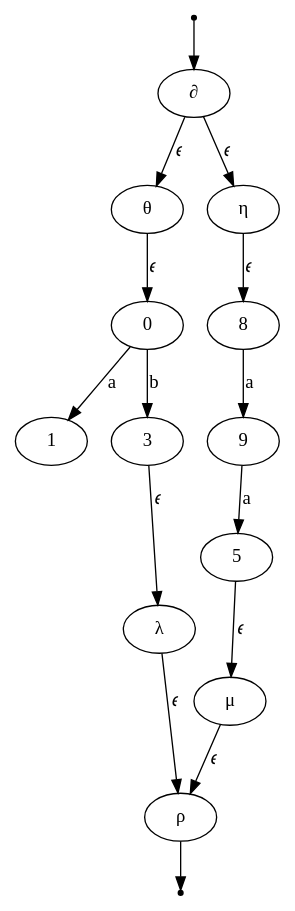
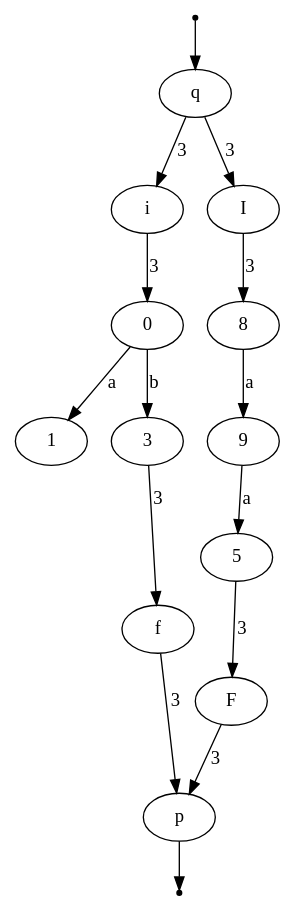
Before and after one commit to omarelhorre/automate: the diagram in src/resultat.dot, drawn with Graphviz. The commit also changed 2 other files, not shown here.

```diff
--- a/src/resultat.dot
+++ b/src/resultat.dot
@@ -1,18 +1,18 @@
 digraph G {
 init [shape=point];
 fin [shape=point];
-init -> ∂;
-∂ -> θ [label="𝜖"] ;
-∂ -> η [label="𝜖"] ;
-θ -> 0 [label="𝜖"];
+init -> q;
+q -> i [label="3"] ;
+q -> I [label="3"] ;
+i -> 0 [label="3"];
 0 -> 1 [label="a"] ;
 0 -> 3 [label="b"] ;
-η -> 8 [label="𝜖"];
+I -> 8 [label="3"];
 8 -> 9 [label="a"] ;
 9 -> 5 [label="a"] ;
-3 -> λ [label="𝜖"];
-5 -> μ [label="𝜖"];
-λ -> ρ [label="𝜖"];
-μ -> ρ [label="𝜖"];
-ρ -> fin;
+3 -> f [label="3"];
+5 -> F [label="3"];
+f -> p [label="3"];
+F -> p [label="3"];
+p -> fin;
 }
```
